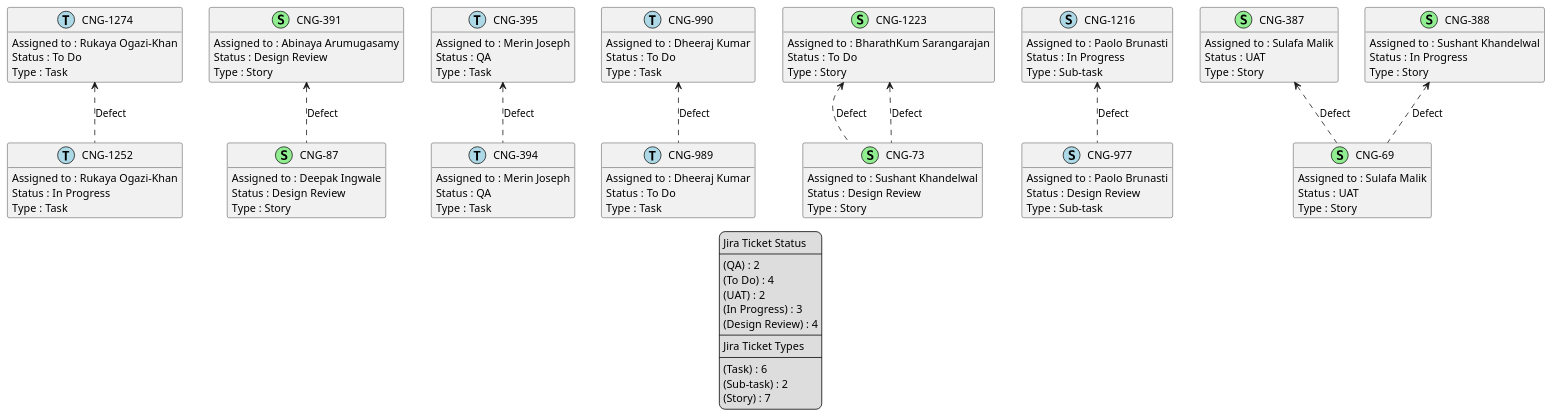
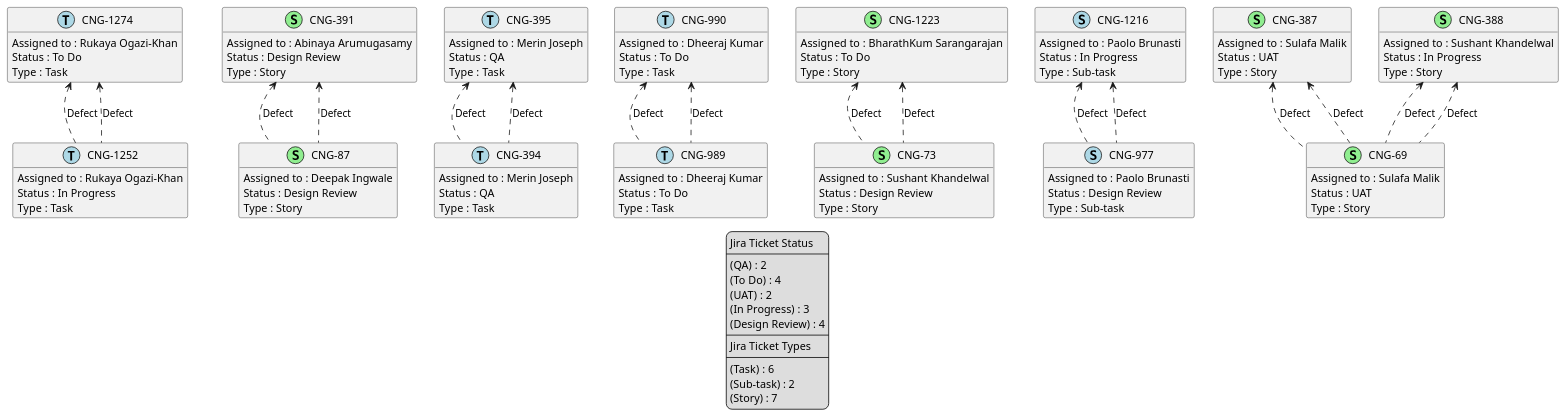
Before and after one commit to brunasti/jiraplotter: the diagram in temp/jiraDefect.puml, drawn with PlantUML. The commit also changed 56 other files, not shown here.

```diff
--- a/temp/jiraDefect.puml
+++ b/temp/jiraDefect.puml
@@ -1,131 +1,138 @@
 @startuml
 'https://plantuml.com/class-diagram
 
 ' GENERATE CLASS DIAGRAM ===========
-' Generated at    : Mon Apr 15 14:04:21 CEST 2024
+' Generated at    : Mon Apr 15 15:10:51 CEST 2024
 
 hide empty members
 
 legend
 Jira Ticket Status
 ----
 (QA) : 2
 (To Do) : 4
 (UAT) : 2
 (In Progress) : 3
 (Design Review) : 4
 ----
 Jira Ticket Types
 ----
 (Task) : 6
 (Sub-task) : 2
 (Story) : 7
 end legend
 
 
 ' Tickets =======
 class "CNG-1274" << (T,lightblue) >> {
   Assigned to : Rukaya Ogazi-Khan
   Status : To Do
   Type : Task
 }
 
 class "CNG-1252" << (T,lightblue) >> {
   Assigned to : Rukaya Ogazi-Khan
   Status : In Progress
   Type : Task
 }
 
 class "CNG-391" << (S,lightgreen) >> {
   Assigned to : Abinaya Arumugasamy
   Status : Design Review
   Type : Story
 }
 
 class "CNG-394" << (T,lightblue) >> {
   Assigned to : Merin Joseph
   Status : QA
   Type : Task
 }
 
 class "CNG-990" << (T,lightblue) >> {
   Assigned to : Dheeraj Kumar
   Status : To Do
   Type : Task
 }
 
 class "CNG-395" << (T,lightblue) >> {
   Assigned to : Merin Joseph
   Status : QA
   Type : Task
 }
 
 class "CNG-73" << (S,lightgreen) >> {
   Assigned to : Sushant Khandelwal
   Status : Design Review
   Type : Story
 }
 
 class "CNG-989" << (T,lightblue) >> {
   Assigned to : Dheeraj Kumar
   Status : To Do
   Type : Task
 }
 
 class "CNG-87" << (S,lightgreen) >> {
   Assigned to : Deepak Ingwale
   Status : Design Review
   Type : Story
 }
 
 class "CNG-977" << (S,lightblue) >> {
   Assigned to : Paolo Brunasti
   Status : Design Review
   Type : Sub-task
 }
 
 class "CNG-69" << (S,lightgreen) >> {
   Assigned to : Sulafa Malik
   Status : UAT
   Type : Story
 }
 
 class "CNG-387" << (S,lightgreen) >> {
   Assigned to : Sulafa Malik
   Status : UAT
   Type : Story
 }
 
 class "CNG-1216" << (S,lightblue) >> {
   Assigned to : Paolo Brunasti
   Status : In Progress
   Type : Sub-task
 }
 
 class "CNG-388" << (S,lightgreen) >> {
   Assigned to : Sushant Khandelwal
   Status : In Progress
   Type : Story
 }
 
 class "CNG-1223" << (S,lightgreen) >> {
   Assigned to : BharathKum Sarangarajan
   Status : To Do
   Type : Story
 }
 
 
 
 ' Links =======
 "CNG-1216" <.. "CNG-977" : Defect
+"CNG-1216" <.. "CNG-977" : Defect
+"CNG-990" <.. "CNG-989" : Defect
 "CNG-990" <.. "CNG-989" : Defect
 "CNG-391" <.. "CNG-87" : Defect
+"CNG-391" <.. "CNG-87" : Defect
+"CNG-395" <.. "CNG-394" : Defect
 "CNG-395" <.. "CNG-394" : Defect
 "CNG-387" <.. "CNG-69" : Defect
+"CNG-387" <.. "CNG-69" : Defect
 "CNG-388" <.. "CNG-69" : Defect
+"CNG-388" <.. "CNG-69" : Defect
+"CNG-1274" <.. "CNG-1252" : Defect
 "CNG-1274" <.. "CNG-1252" : Defect
 "CNG-1223" <.. "CNG-73" : Defect
 "CNG-1223" <.. "CNG-73" : Defect
 
 
 @enduml
```
